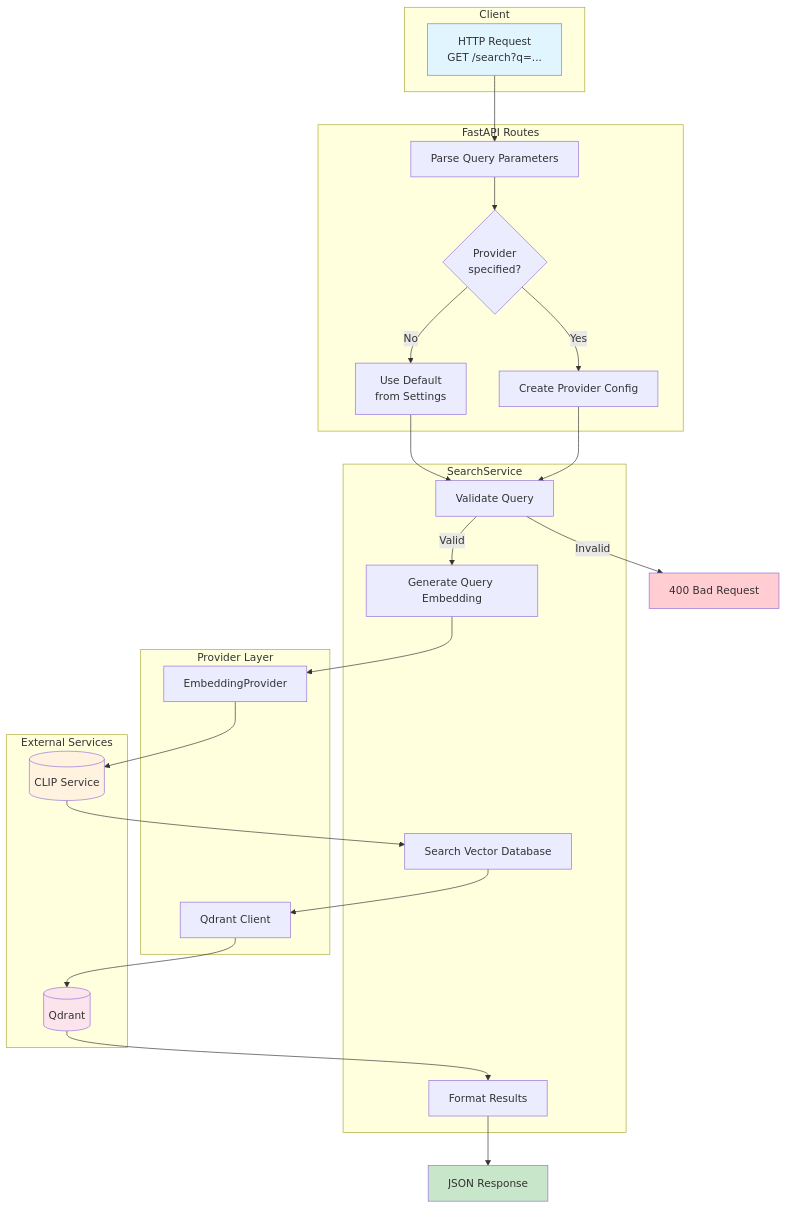
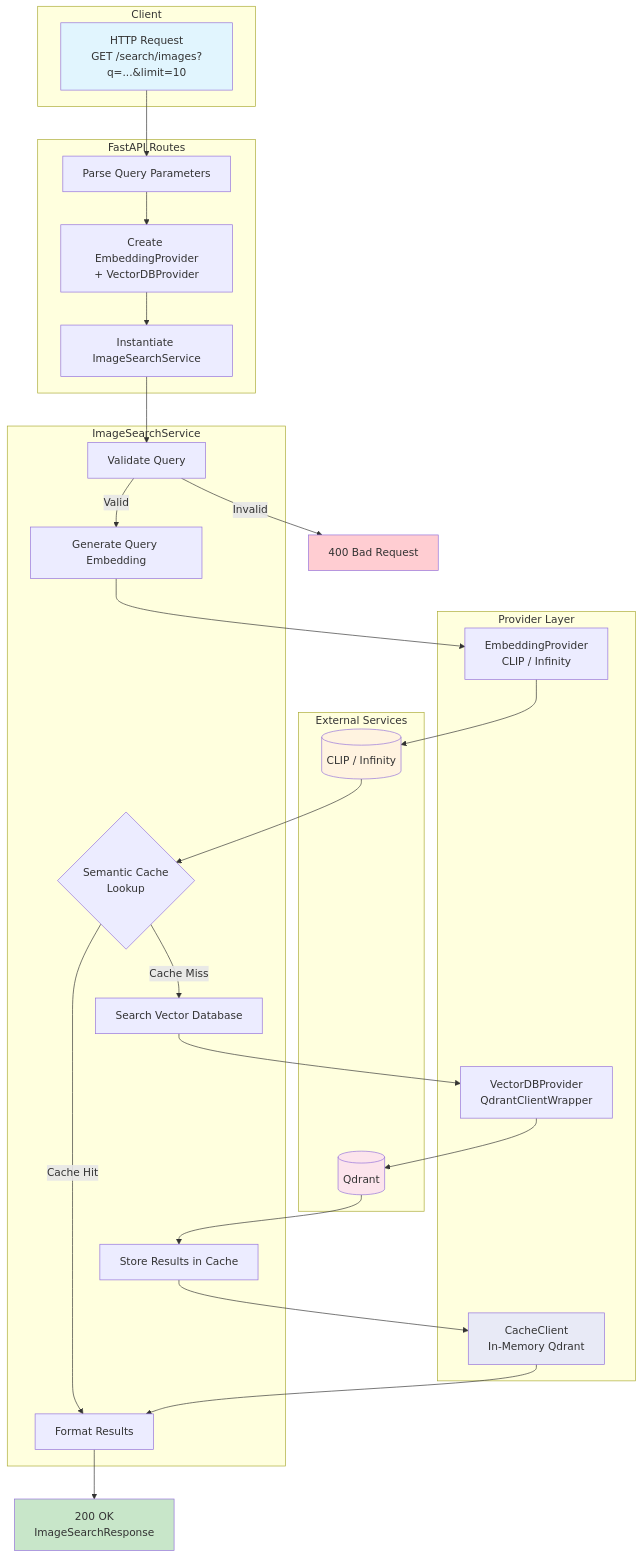
Before and after one commit to gt-sse-center/iNatInq: the diagram in charts/query-engine-flowchart.md, drawn with Mermaid. The commit also changed other lines of this file and 84 other files, not shown here.

First line of the commit message:
docs: audit documentation — add charts, test docstrings, README updates

````diff
--- a/charts/query-engine-flowchart.md
+++ b/charts/query-engine-flowchart.md
@@ -3,52 +3,57 @@
 ```mermaid
 flowchart TB
     subgraph Client
-        A[HTTP Request<br/>GET /search?q=...]
+        A[HTTP Request<br/>GET /search/images?q=...&limit=10]
     end
 
     subgraph API["FastAPI Routes"]
         B[Parse Query Parameters]
-        C{Provider<br/>specified?}
-        D[Use Default<br/>from Settings]
-        E[Create Provider Config]
+        C[Create EmbeddingProvider<br/>+ VectorDBProvider]
+        D[Instantiate ImageSearchService]
     end
 
-    subgraph Service["SearchService"]
-        F[Validate Query]
-        G[Generate Query Embedding]
+    subgraph Service["ImageSearchService"]
+        E[Validate Query]
+        F[Generate Query Embedding]
+        G{Semantic Cache<br/>Lookup}
         H[Search Vector Database]
-        I[Format Results]
+        I[Store Results in Cache]
+        J[Format Results]
     end
 
     subgraph Providers["Provider Layer"]
-        J[EmbeddingProvider]
-        L[Qdrant Client]
+        K[EmbeddingProvider<br/>CLIP / Infinity]
+        L[VectorDBProvider<br/>QdrantClientWrapper]
+        M[CacheClient<br/>In-Memory Qdrant]
     end
 
     subgraph External["External Services"]
-        N[(CLIP Service)]
+        N[(CLIP / Infinity)]
         O[(Qdrant)]
     end
 
     A --> B
     B --> C
-    C -->|No| D
-    C -->|Yes| E
-    D --> F
-    E --> F
-    F -->|Valid| G
-    F -->|Invalid| Z[400 Bad Request]
-    G --> J
-    J --> N
-    N --> H
+    C --> D
+    D --> E
+    E -->|Valid| F
+    E -->|Invalid| Z[400 Bad Request]
+    F --> K
+    K --> N
+    N --> G
+    G -->|Cache Hit| J
+    G -->|Cache Miss| H
     H --> L
     L --> O
     O --> I
-    I --> Y[JSON Response]
+    I --> M
+    M --> J
+    J --> Y[200 OK<br/>ImageSearchResponse]
 
     style A fill:#e1f5fe
     style Y fill:#c8e6c9
     style Z fill:#ffcdd2
     style N fill:#fff3e0
     style O fill:#fce4ec
+    style M fill:#e8eaf6
 ```
````
